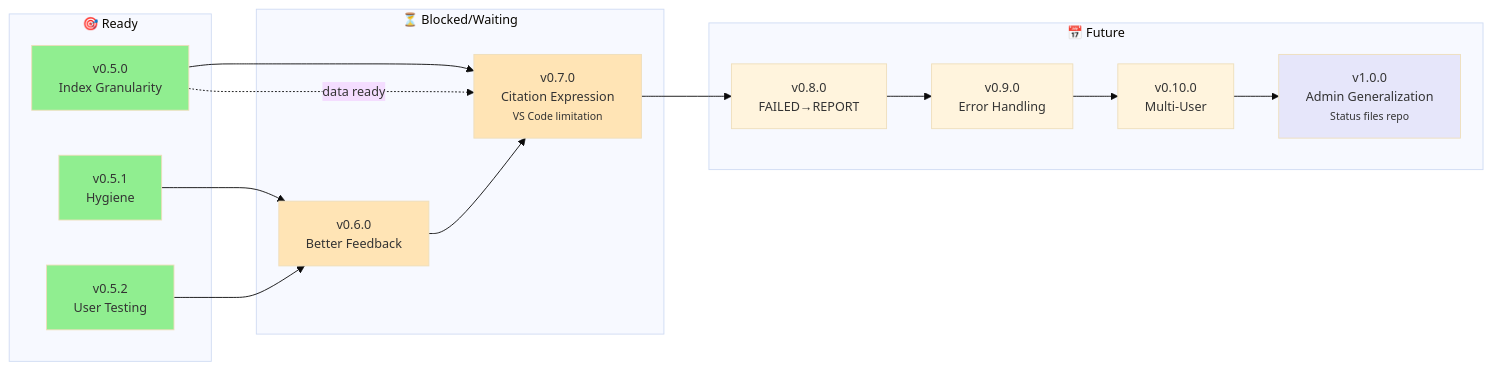
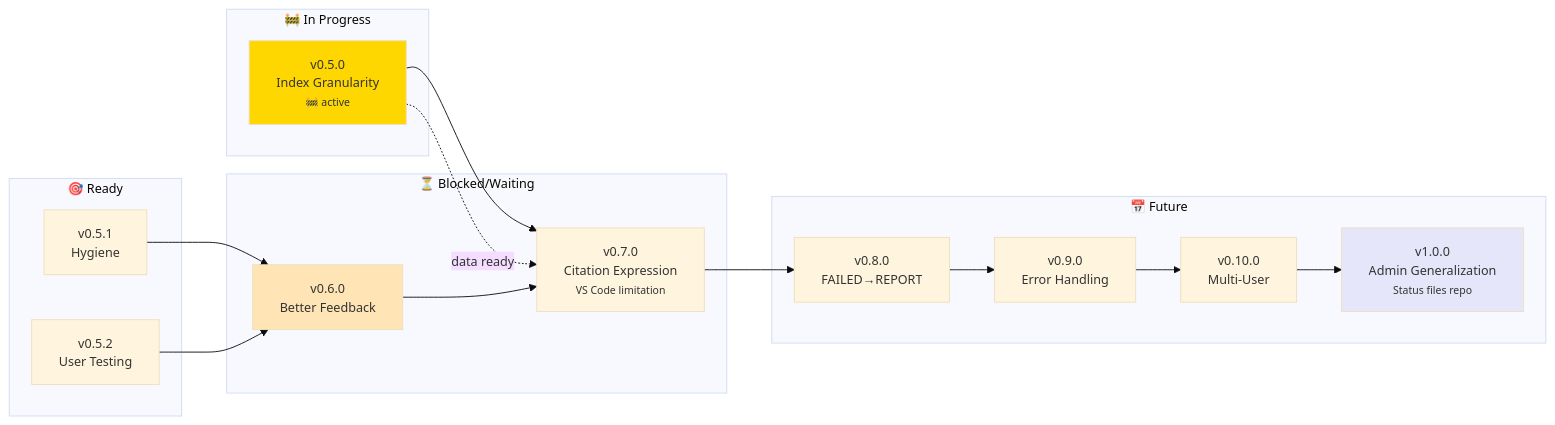
Before and after one commit to nonlinear/personal-library: the diagram in engine/docs/ROADMAP.md, drawn with Mermaid. The commit also changed other lines of this file and 55 other files, not shown here.

First line of the commit message:
docs: start v0.5.0 epic (Index Granularity)

````diff
--- a/engine/docs/ROADMAP.md
+++ b/engine/docs/ROADMAP.md
@@ -3,38 +3,38 @@
 ```mermaid
 %%{init: {'theme':'base', 'themeVariables': { 'fontSize':'14px'}}}%%
 graph LR
+    subgraph "🚧 In Progress"
+        V5A[v0.5.0<br/>Index Granularity<br/><small>🚧 active</small>]
+    end
+
     subgraph "🎯 Ready"
-        V5A[v0.5.0<br/>Index Granularity]
         V5B[v0.5.1<br/>Hygiene]
         V5C[v0.5.2<br/>User Testing]
     end
 
     subgraph "⏳ Blocked/Waiting"
         V7[v0.7.0<br/>Citation Expression<br/><small>VS Code limitation</small>]
         V6[v0.6.0<br/>Better Feedback]
     end
 
     subgraph "📅 Future"
         V8[v0.8.0<br/>FAILED→REPORT]
         V9[v0.9.0<br/>Error Handling]
         V10[v0.10.0<br/>Multi-User]
         ADMIN[v1.0.0<br/>Admin Generalization<br/><small>Status files repo</small>]
     end
 
     V5A --> V7
     V5A -.data ready.-> V7
     V5B --> V6
     V5C --> V6
     V6 --> V7
     V7 --> V8
     V8 --> V9
     V9 --> V10
     V10 --> ADMIN
 
-    style V5A fill:#90EE90
-    style V5B fill:#90EE90
-    style V5C fill:#90EE90
-    style V7 fill:#FFE4B5
+    style V5A fill:#FFD700
     style V6 fill:#FFE4B5
     style ADMIN fill:#E6E6FA
 ```
````
